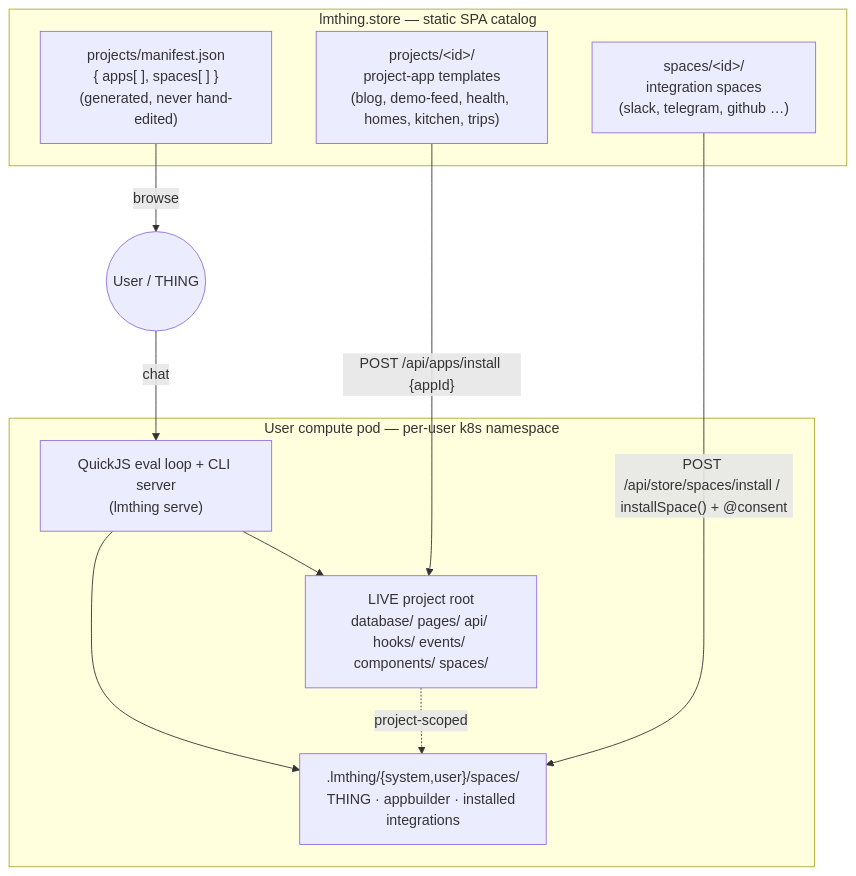
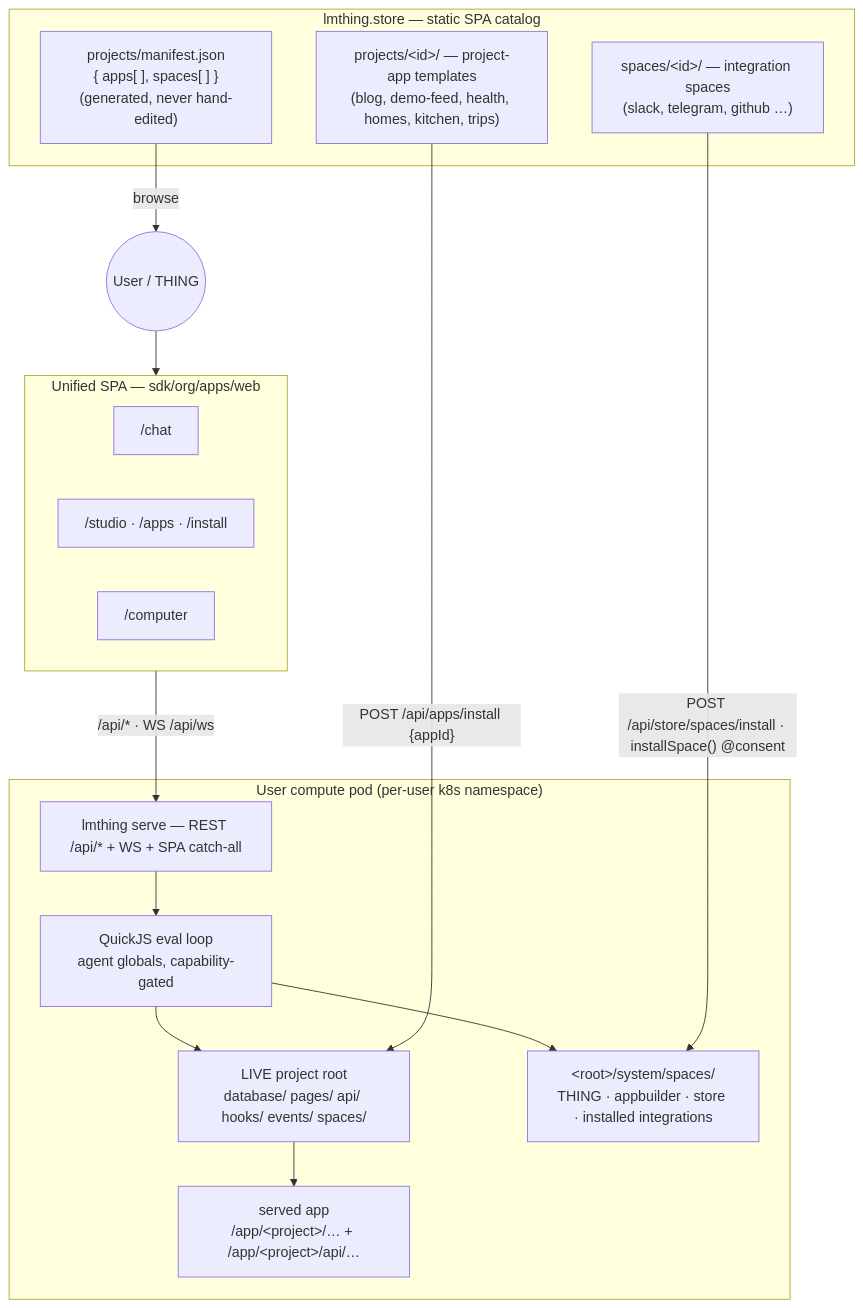
The diagram in org/README.md (lmthing/lmthing), drawn with Mermaid before and after one commit. The commit also changed other lines of this file and 82 other files, not shown here.

````diff
--- a/org/README.md
+++ b/org/README.md
@@ -20,24 +27,34 @@
 ```mermaid
 flowchart TD
   subgraph Store["lmthing.store — static SPA catalog"]
     MAN["projects/manifest.json<br/>{ apps[ ], spaces[ ] }<br/>(generated, never hand-edited)"]
-    PT["projects/&lt;id&gt;/<br/>project-app templates<br/>(blog, demo-feed, health, homes, kitchen, trips)"]
-    ST["spaces/&lt;id&gt;/<br/>integration spaces<br/>(slack, telegram, github …)"]
+    PT["projects/&lt;id&gt;/ — project-app templates<br/>(blog, demo-feed, health, homes, kitchen, trips)"]
+    ST["spaces/&lt;id&gt;/ — integration spaces<br/>(slack, telegram, github …)"]
   end
 
   User((User / THING))
 
-  subgraph Pod["User compute pod — per-user k8s namespace"]
-    RT["QuickJS eval loop + CLI server<br/>(lmthing serve)"]
-    PROJ["LIVE project root<br/>database/ pages/ api/ hooks/ events/ components/ spaces/"]
-    SYS[".lmthing/{system,user}/spaces/<br/>THING · appbuilder · installed integrations"]
+  subgraph SPA["Unified SPA — sdk/org/apps/web"]
+    CHAT["/chat"]
+    STUDIO["/studio · /apps · /install"]
+    COMPUTER["/computer"]
   end
 
+  subgraph Pod["User compute pod (per-user k8s namespace)"]
+    CLI["lmthing serve — REST /api/* + WS + SPA catch-all"]
+    RT["QuickJS eval loop<br/>agent globals, capability-gated"]
+    PROJ["LIVE project root<br/>database/ pages/ api/ hooks/ events/ spaces/"]
+    SYS["&lt;root&gt;/system/spaces/<br/>THING · appbuilder · store · installed integrations"]
+    APP["served app<br/>/app/&lt;project&gt;/… + /app/&lt;project&gt;/api/…"]
+  end
+
+  User --> SPA
+  SPA -->|"/api/* · WS /api/ws"| CLI
+  CLI --> RT
+  RT --> PROJ
+  RT --> SYS
+  PROJ --> APP
   MAN -->|browse| User
   PT -->|"POST /api/apps/install {appId}"| PROJ
-  ST -->|"POST /api/store/spaces/install / installSpace() + @consent"| SYS
-  User -->|chat| RT
-  RT --> PROJ
-  RT --> SYS
-  PROJ -. project-scoped .-> SYS
+  ST -->|"POST /api/store/spaces/install · installSpace() @consent"| SYS
 ```
````
